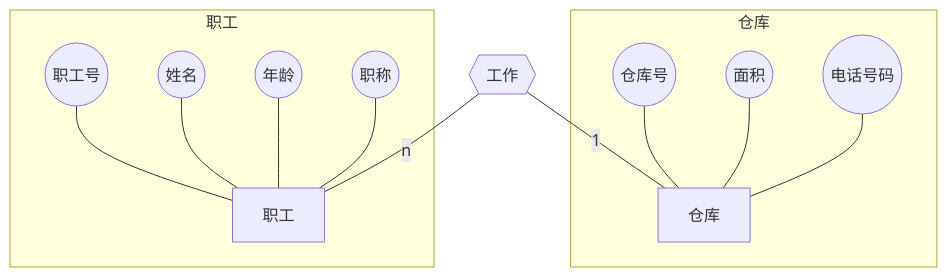
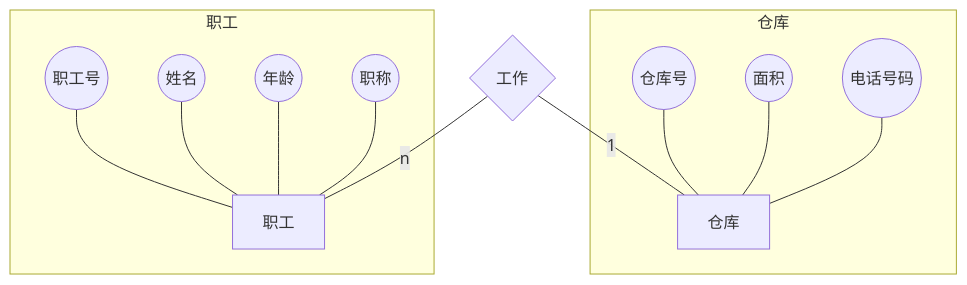
One commit to Han-Haocheng/my-note changed the diagram in CS数据与信息/数据库/数据模型.md. Above: the diagram before and after it, drawn with Mermaid.

Commit message:
Update from Sync Service

````diff
--- a/CS数据与信息/数据库/数据模型.md
+++ b/CS数据与信息/数据库/数据模型.md
@@ -17,26 +17,26 @@
 ```mermaid
 graph BT
 	subgraph 仓库
 		A[仓库]
 		A1((仓库号))
 		A2((面积))
 		A3((电话号码))
 		A---A1
 		A---A2
 		A---A3
 	end
 	
 	subgraph 职工
 		B[职工]
 		B1((职工号))
 		B2((姓名))
 		B3((年龄))
 		B4((职称))
 		B---B1
 		B---B2
 		B---B3
 		B---B4
 	end
-A---|1|C{{工作}}
+A---|1|C{工作}
 B---|n|C
 ```
````
